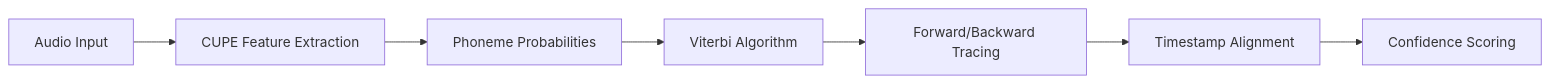
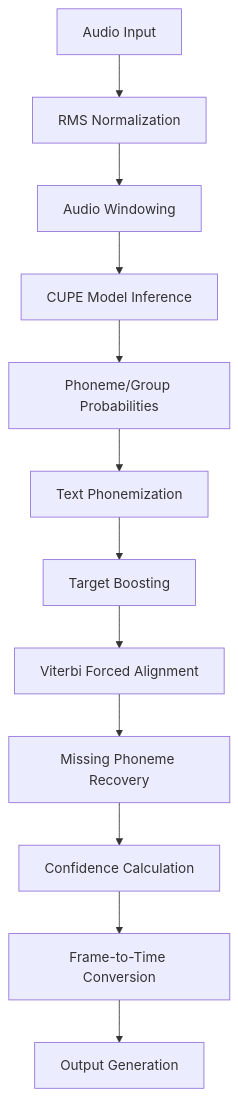
Before and after one commit to tabahi/bournemouth-forced-aligner: the first of 2 diagrams in README.md, drawn with Mermaid. The commit also changed other lines of this file and 3 other files, not shown here.

````diff
--- a/README.md
+++ b/README.md
@@ -558,9 +602,14 @@
 ```mermaid
-graph LR
-    A[Audio Input] --> B[CUPE Feature Extraction]
-    B --> C[Phoneme Probabilities]
-    C --> D[Viterbi Algorithm]
-    D --> E[Forward/Backward Tracing]
-    E --> F[Timestamp Alignment]
-    F --> G[Confidence Scoring]
+graph TD
+    A[Audio Input] --> B[RMS Normalization]
+    B --> C[Audio Windowing]
+    C --> D[CUPE Model Inference]
+    D --> E[Phoneme/Group Probabilities]
+    E --> F[Text Phonemization]
+    F --> G[Target Boosting]
+    G --> H[Viterbi Forced Alignment]
+    H --> I[Missing Phoneme Recovery]
+    I --> J[Confidence Calculation]
+    J --> K[Frame-to-Time Conversion]
+    K --> L[Output Generation]
 ```
````
